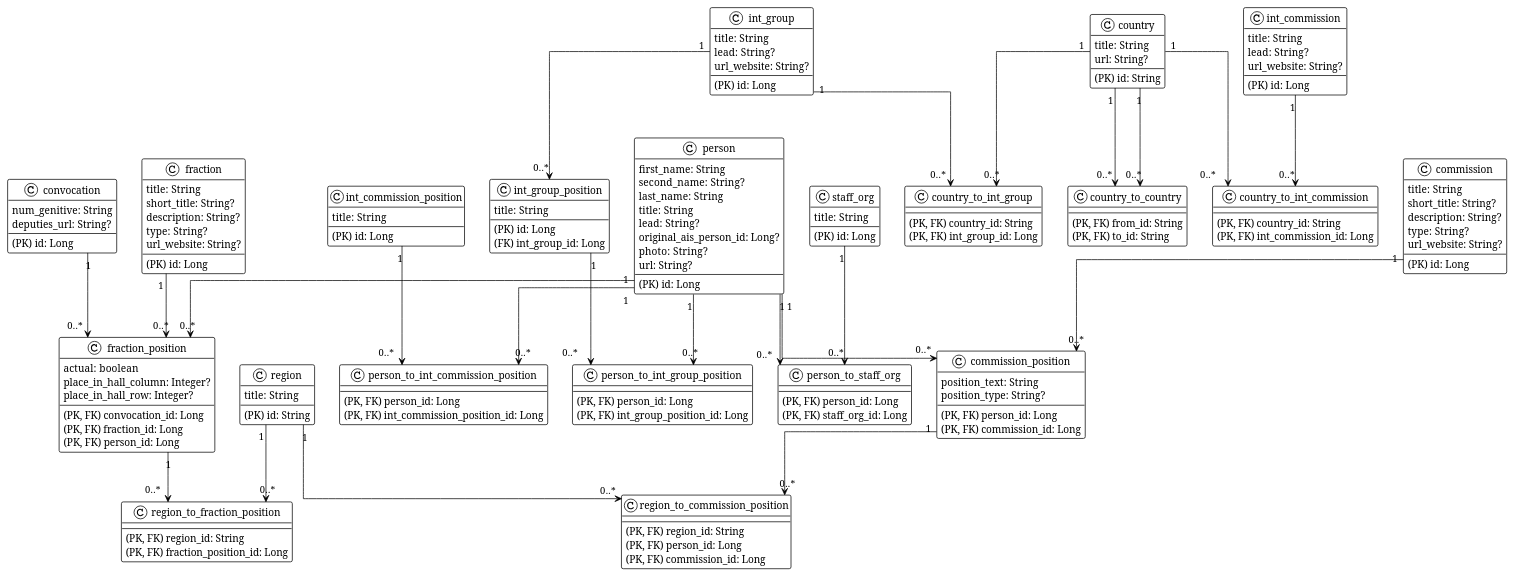
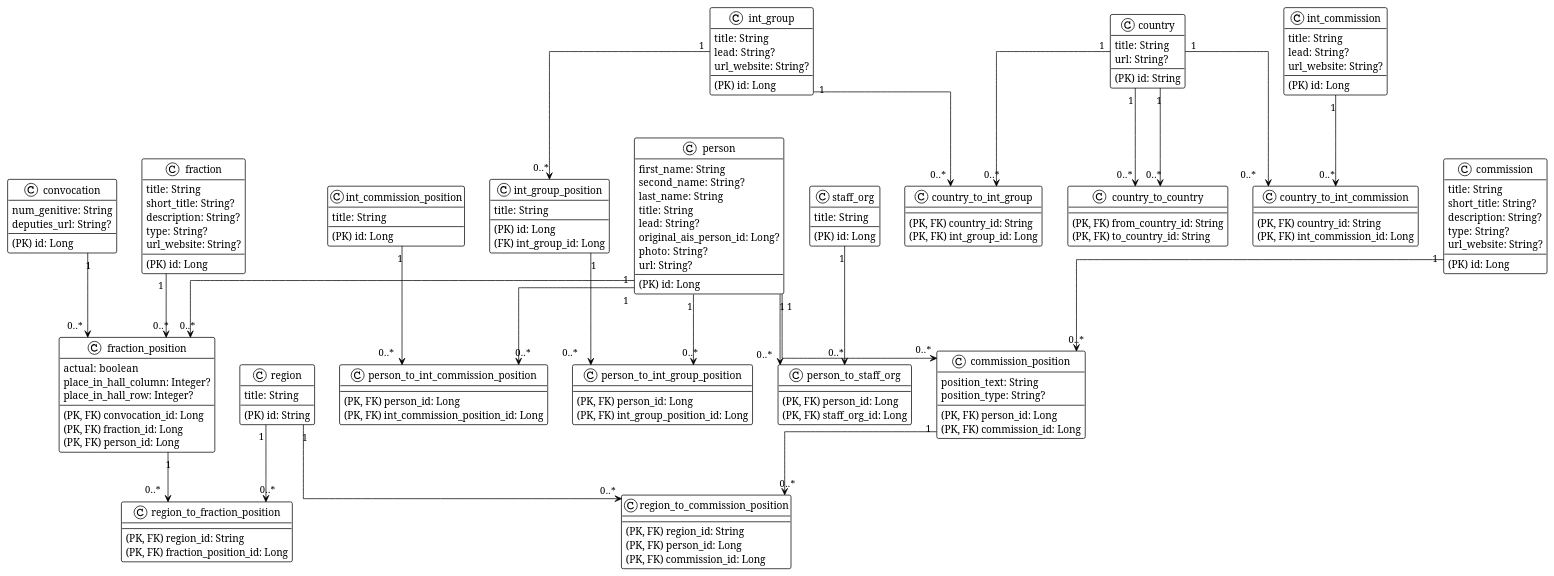
The diagram in gov/backend-app/src/main/kotlin/com/artemkaxboy/playground/gov/dumagovru/entity/database.puml (artemkaxboy/playground), drawn with PlantUML before and after one commit. The commit also changed 14 other files, not shown here.

```diff
--- a/gov/backend-app/src/main/kotlin/com/artemkaxboy/playground/gov/dumagovru/entity/database.puml
+++ b/gov/backend-app/src/main/kotlin/com/artemkaxboy/playground/gov/dumagovru/entity/database.puml
@@ -1,175 +1,175 @@
 @startuml
 !theme plain
 top to bottom direction
 skinparam linetype ortho
 
 class person {
    (PK) id:  Long
    first_name:  String
    second_name:  String?
    last_name:  String
    title:  String
    lead:  String?
    original_ais_person_id:  Long?
    photo:  String?
    url:  String?
 }
 
 class commission {
    (PK) id:  Long
    title:  String
    short_title:  String?
    description:  String?
    type:  String?
    url_website:  String?
 }
 
 class commission_position {
    (PK, FK) person_id:  Long
    (PK, FK) commission_id:  Long
    position_text:  String
    position_type:  String?
 }
 
 'main .(delete cascade). secondary
 person                "1" -[#000000,plain]-> "0..*"  commission_position
 commission            "1" -[#000000,plain]-> "0..*"  commission_position
 
 class region {
    (PK) id:  String
    title:  String
 }
 
 class region_to_commission_position {
    (PK, FK) region_id:  String
    (PK, FK) person_id:  Long
    (PK, FK) commission_id:  Long
 }
 
 region               "1" -[#000000,plain]-> "0..*"  region_to_commission_position
 commission_position  "1" -[#000000,plain]-> "0..*"  region_to_commission_position
 
 class convocation {
    (PK) id:  Long
    num_genitive:  String
    deputies_url:  String?
 }
 
 class fraction {
    (PK) id:  Long
    title:  String
    short_title:  String?
    description:  String?
    type:  String?
    url_website:  String?
 }
 
 class fraction_position {
    (PK, FK) convocation_id:  Long
    (PK, FK) fraction_id:  Long
    (PK, FK) person_id:  Long
    actual:  boolean
    place_in_hall_column:  Integer?
    place_in_hall_row:  Integer?
 }
 
 convocation           "1" -[#000000,plain]-> "0..*"  fraction_position
 fraction              "1" -[#000000,plain]-> "0..*"  fraction_position
 person                "1" -[#000000,plain]-> "0..*"  fraction_position
 
 class region_to_fraction_position {
     (PK, FK) region_id:  String
     (PK, FK) fraction_position_id:  Long
 }
 
 region               "1" -[#000000,plain]-> "0..*"  region_to_fraction_position
 fraction_position    "1" -[#000000,plain]-> "0..*"  region_to_fraction_position
 
 class country {
    (PK) id:  String
    title:  String
    url:  String?
 }
 
 class country_to_country {
-   (PK, FK) from_id:  String
-   (PK, FK) to_id:  String
+   (PK, FK) from_country_id:  String
+   (PK, FK) to_country_id:  String
 }
 
 'from_id
 country               "1" -[#000000,plain]-> "0..*"  country_to_country
 'to_id
 country               "1" -[#000000,plain]-> "0..*"  country_to_country
 
 class int_commission {
    (PK) id:  Long
    title:  String
    lead:  String?
    url_website:  String?
 }
 
 class country_to_int_commission {
    (PK, FK) country_id:  String
    (PK, FK) int_commission_id:  Long
 }
 
 country               "1" -[#000000,plain]-> "0..*"  country_to_int_commission
 int_commission        "1" -[#000000,plain]-> "0..*"  country_to_int_commission
 
 class int_commission_position {
    (PK) id:  Long
    title:  String
 }
 class person_to_int_commission_position {
    (PK, FK) person_id:  Long
    (PK, FK) int_commission_position_id:  Long
 }
 
 person                  "1" -[#000000,plain]-> "0..*"  person_to_int_commission_position
 int_commission_position "1" -[#000000,plain]-> "0..*"  person_to_int_commission_position
 
 class int_group {
    (PK) id:  Long
    title:  String
    lead:  String?
    url_website:  String?
 }
 
 class country_to_int_group {
    (PK, FK) country_id:  String
    (PK, FK) int_group_id:  Long
 }
 
 country               "1" -[#000000,plain]-> "0..*"  country_to_int_group
 int_group             "1" -[#000000,plain]-> "0..*"  country_to_int_group
 
 class int_group_position {
    (PK) id:  Long
    (FK) int_group_id:  Long
    title:  String
 }
 
 int_group             "1" -[#000000,plain]-> "0..*"  int_group_position
 
 class person_to_int_group_position {
    (PK, FK) person_id:  Long
    (PK, FK) int_group_position_id:  Long
 }
 
 person                "1" -[#000000,plain]-> "0..*"  person_to_int_group_position
 int_group_position    "1" -[#000000,plain]-> "0..*"  person_to_int_group_position
 
 class staff_org {
    (PK) id:  Long
    title:  String
 }
 
 class person_to_staff_org {
    (PK, FK) person_id:  Long
    (PK, FK) staff_org_id:  Long
 }
 
 person                "1" -[#000000,plain]-> "0..*"  person_to_staff_org
 staff_org             "1" -[#000000,plain]-> "0..*"  person_to_staff_org
 
 @enduml
```
